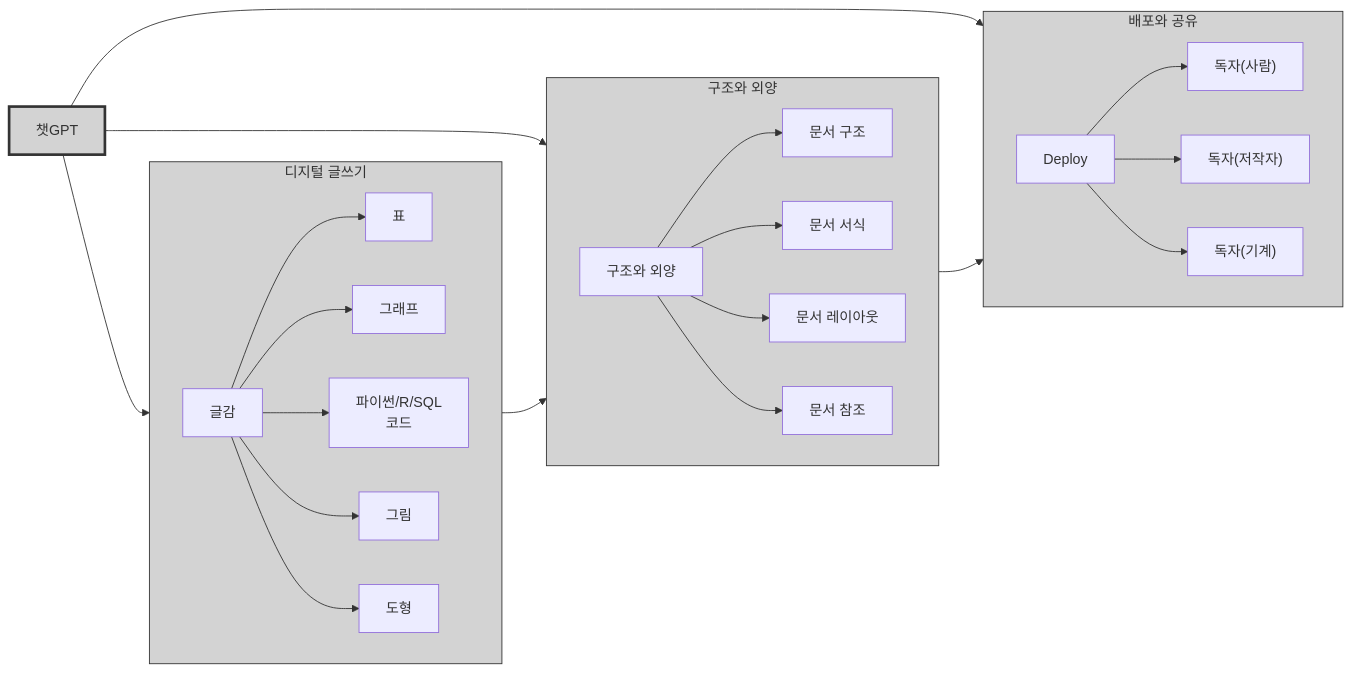
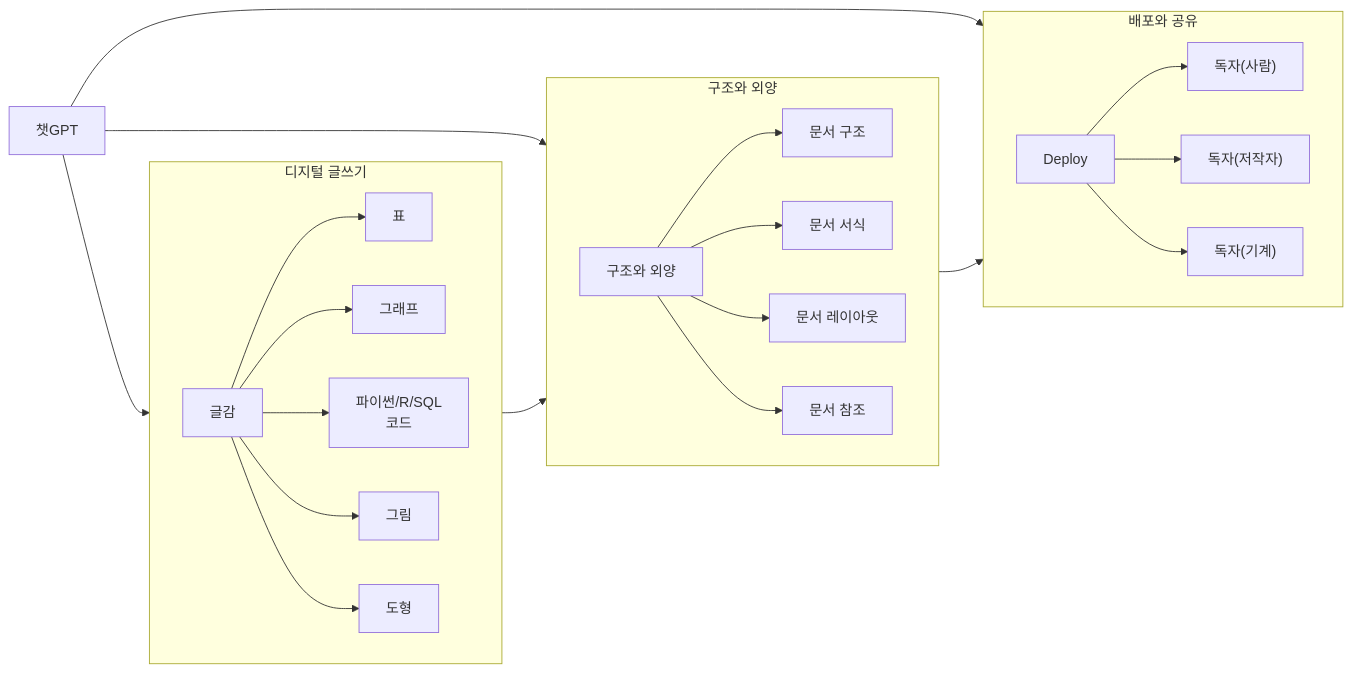
The second of 3 diagrams in part_components.qmd (bit2r/gpt-quarto), drawn with Mermaid before and after one commit. The commit also changed other lines of this file and 108 other files, not shown here.

````diff
--- a/part_components.qmd
+++ b/part_components.qmd
@@ -695,45 +752,40 @@
 ```{mermaid}
 %%| echo: true
 %%| eval: true
 %%| label: fig-mermaid
 %%| fig-cap: 챗GPT를 활용한 디지털 글쓰기 과정
+%%| fig-height: 3.5
 
 graph LR
-
     chatGPT["챗GPT"] --> Contents
-
+    
     subgraph Contents["디지털 글쓰기"]
         direction LR
         Writing["글감"] --> Table["표"]
         Writing --> Graph["그래프"]
         Writing --> Code["파이썬/R/SQL<br>코드"]
         Writing --> Figure["그림"]
         Writing --> Diagram["도형"]        
     end
 
     chatGPT --> Format
     Contents --> Format
 
     subgraph Format["구조와 외양"]
         direction LR
         Theme["구조와 외양"] --> Title["문서 구조"]
         Theme               --> Formatting["문서 서식"]
         Theme               --> Layout["문서 레이아웃"]
         Theme               --> reference["문서 참조"]
     end
 
     chatGPT --> Deployment
     Format --> Deployment
 
     subgraph Deployment["배포와 공유"]
         direction LR
         Deploy --> Reader["독자(사람)"]
         Deploy --> Author["독자(저작자)"]
         Deploy --> Machine["독자(기계)"]
     end
-
-    style chatGPT fill:#d3d3d3,stroke:#333,stroke-width:3px
-    style Contents fill:#d3d3d3,stroke:#333,stroke-width:1px
-    style Format fill:#d3d3d3,stroke:#333,stroke-width:1px
-    style Deployment fill:#d3d3d3,stroke:#333,stroke-width:1px
 ```
````
